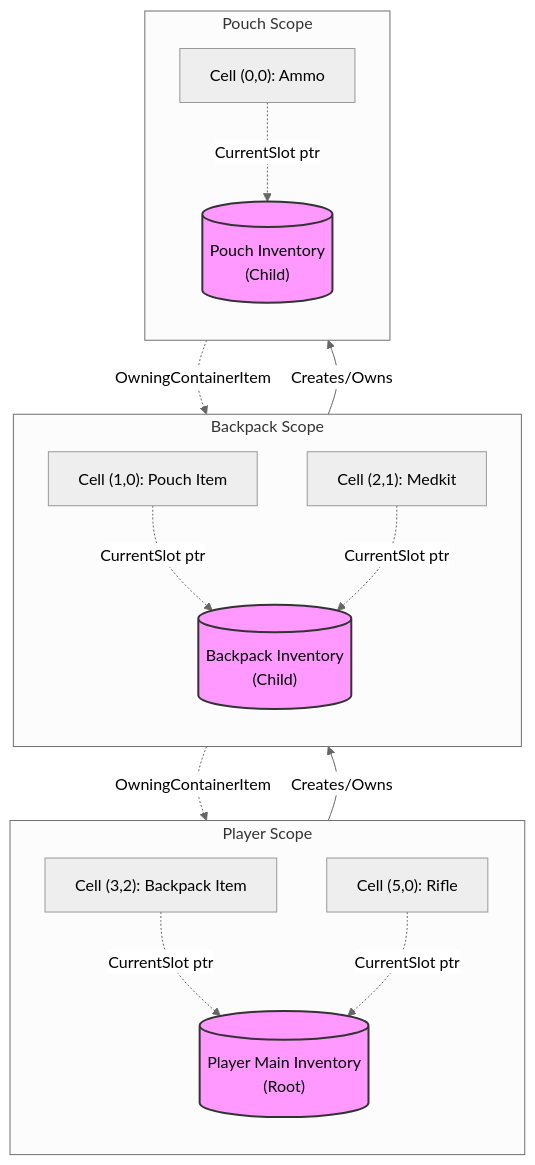
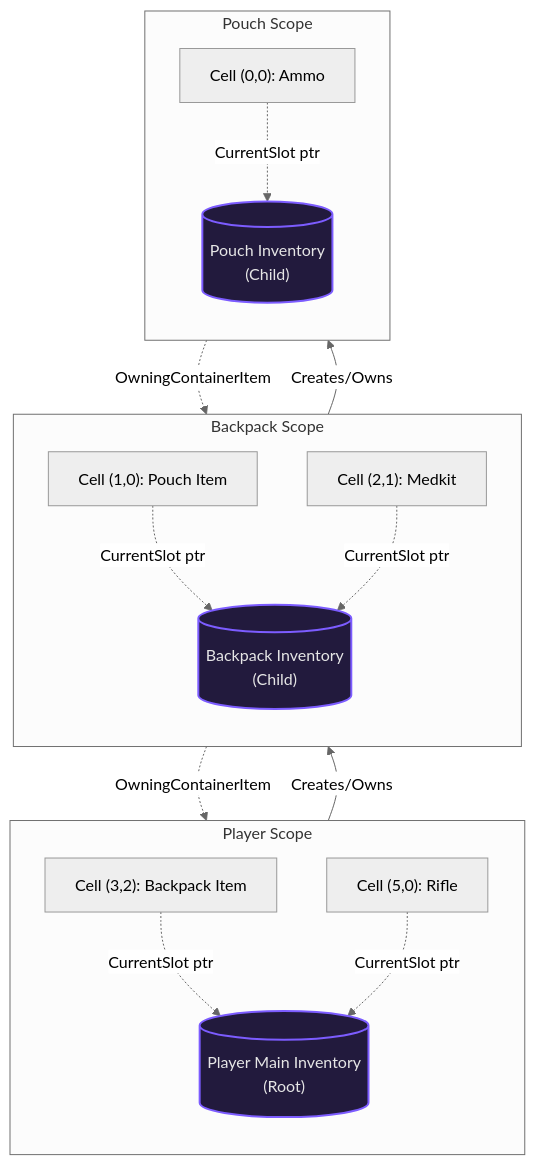
Before and after one commit to outliyr/outliyr-docs: the first of 2 diagrams in outliyr-framework/docs/core-modules/tetris-inventory/tetris-inventory-manager-component/nested-containers.md, drawn with Mermaid (neutral theme). The commit also changed 11 other files, not shown here.

````diff
--- a/outliyr-framework/docs/core-modules/tetris-inventory/tetris-inventory-manager-component/nested-containers.md
+++ b/outliyr-framework/docs/core-modules/tetris-inventory/tetris-inventory-manager-component/nested-containers.md
@@ -27,54 +27,54 @@
 ```mermaid
 graph TB
     %% 1. Player Scope
     subgraph PlayerScope["Player Scope"]
         direction TB
         %% The actual Inventory Object
         PlayerInv[("Player Main Inventory<br/>(Root)")]
         
         %% Items inside this inventory
         BackpackItem["Cell (3,2): Backpack Item"]
         Rifle["Cell (5,0): Rifle"]
     end
 
     %% 2. Backpack Scope
     subgraph BackpackScope["Backpack Scope"]
         direction TB
         BackpackInv[("Backpack Inventory<br/>(Child)")]
         
         PouchItem["Cell (1,0): Pouch Item"]
         Medkit["Cell (2,1): Medkit"]
     end
 
     %% 3. Pouch Scope
     subgraph PouchScope["Pouch Scope"]
         direction TB
         PouchInv[("Pouch Inventory<br/>(Child)")]
         
         Ammo["Cell (0,0): Ammo"]
     end
 
     %% --- RELATIONSHIPS ---
 
     %% 1. Items physically reside in an Inventory (The visual nesting does this, 
     %%    but this dotted line represents the 'CurrentSlot' pointer logic)
     BackpackItem -.->|"CurrentSlot ptr"| PlayerInv
     Rifle -.->|"CurrentSlot ptr"| PlayerInv
     
     PouchItem -.->|"CurrentSlot ptr"| BackpackInv
     Medkit -.->|"CurrentSlot ptr"| BackpackInv
 
     Ammo -.->|"CurrentSlot ptr"| PouchInv
 
     %% 2. Items create/own a Child Inventory
     BackpackItem -->|"Creates/Owns"| BackpackInv
     PouchItem -->|"Creates/Owns"| PouchInv
 
     %% 3. Child Inventories know their Owning Item
     BackpackInv -.->|"OwningContainerItem"| BackpackItem
     PouchInv -.->|"OwningContainerItem"| PouchItem
 
     %% Styling to make it readable
-    classDef container fill:#f9f,stroke:#333,stroke-width:2px;
+    classDef container fill:#221a3d,stroke:#7c5cff,stroke-width:2px,color:#e6e6e6;
     class PlayerInv,BackpackInv,PouchInv container;
 ```
````
